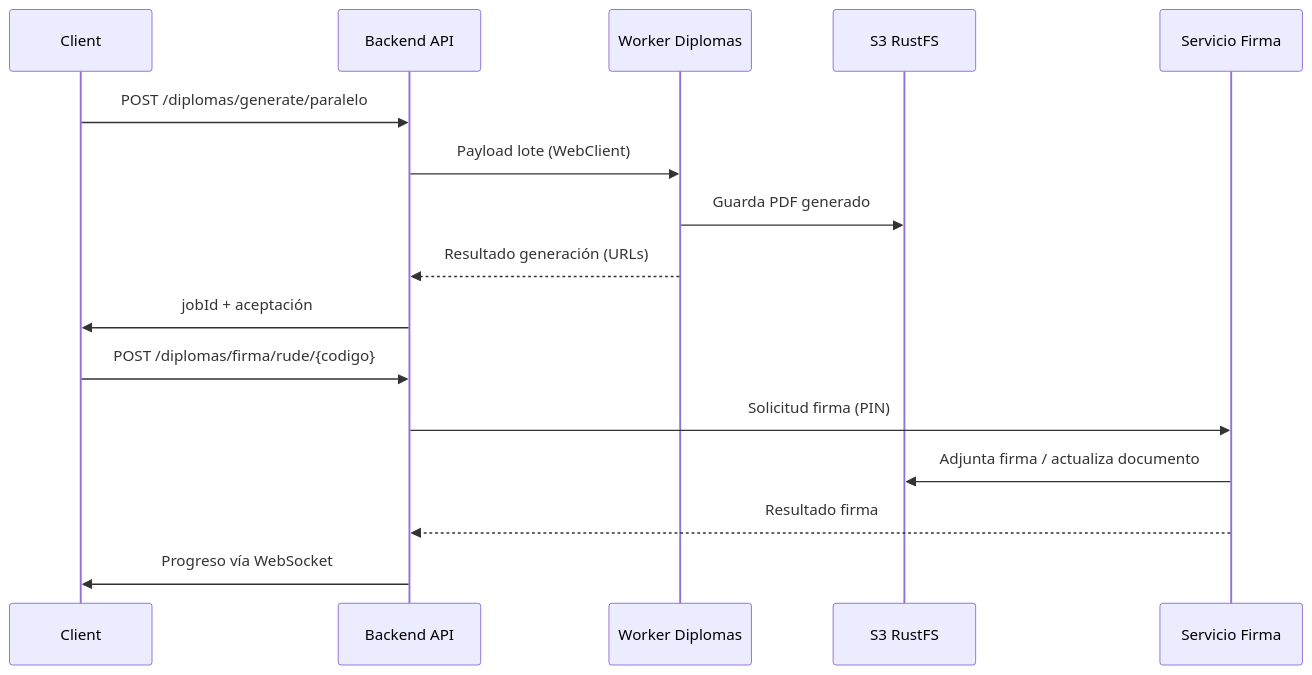
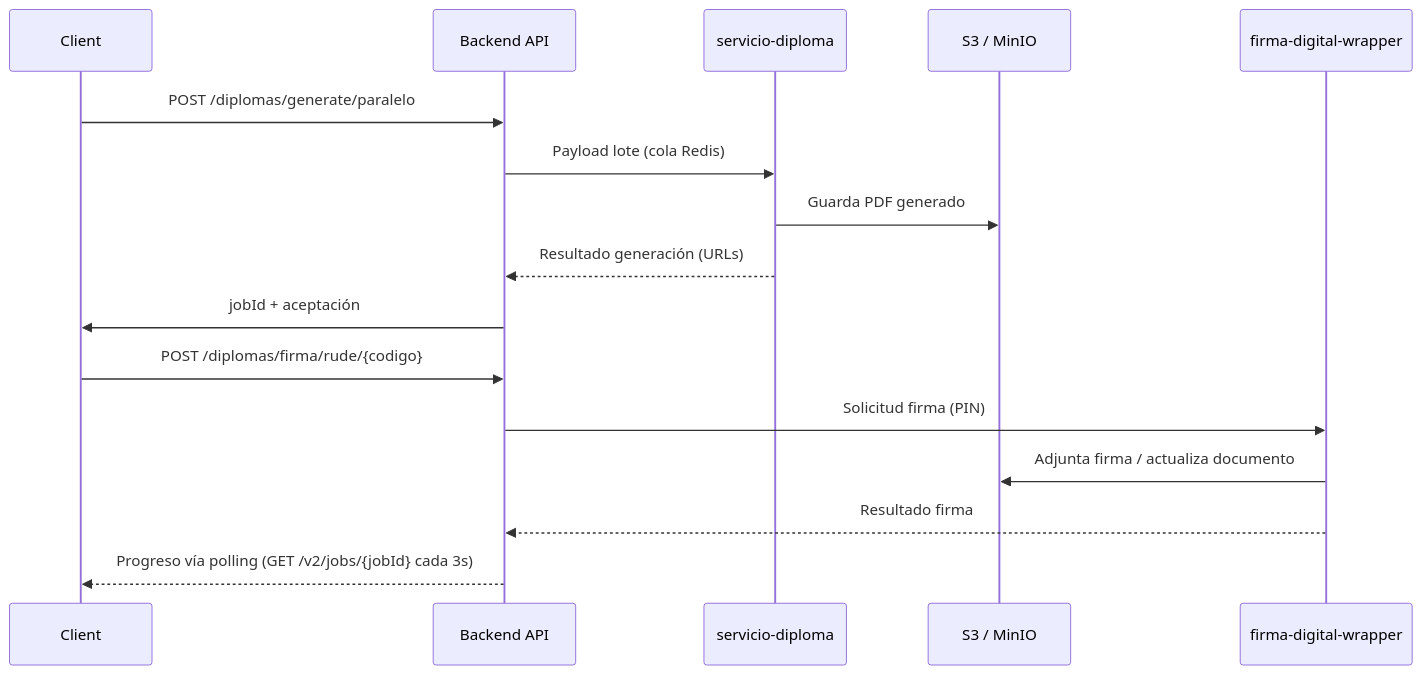
Before and after one commit to ruchva/ruben-chiara-portfolio-blog: the first of 2 diagrams in public/case-studies/diplomas.md, drawn with Mermaid. The commit also changed other lines of this file and 23 other files, not shown here.

````diff
--- a/public/case-studies/diplomas.md
+++ b/public/case-studies/diplomas.md
@@ -164,19 +141,19 @@
 ```mermaid
 sequenceDiagram
    participant Client
    participant API as Backend API
-   participant Worker as Worker Diplomas
-   participant Storage as S3 RustFS
-   participant Firma as Servicio Firma
+   participant Worker as servicio-diploma
+   participant Storage as S3 / MinIO
+   participant Firma as firma-digital-wrapper
 
    Client->>API: POST /diplomas/generate/paralelo
-   API->>Worker: Payload lote (WebClient)
+   API->>Worker: Payload lote (cola Redis)
    Worker->>Storage: Guarda PDF generado
    Worker-->>API: Resultado generación (URLs)
    API->>Client: jobId + aceptación
    Client->>API: POST /diplomas/firma/rude/{codigo}
    API->>Firma: Solicitud firma (PIN)
    Firma->>Storage: Adjunta firma / actualiza documento
    Firma-->>API: Resultado firma
-   API->>Client: Progreso vía WebSocket
+   API-->>Client: Progreso vía polling (GET /v2/jobs/{jobId} cada 3s)
 ```
````
